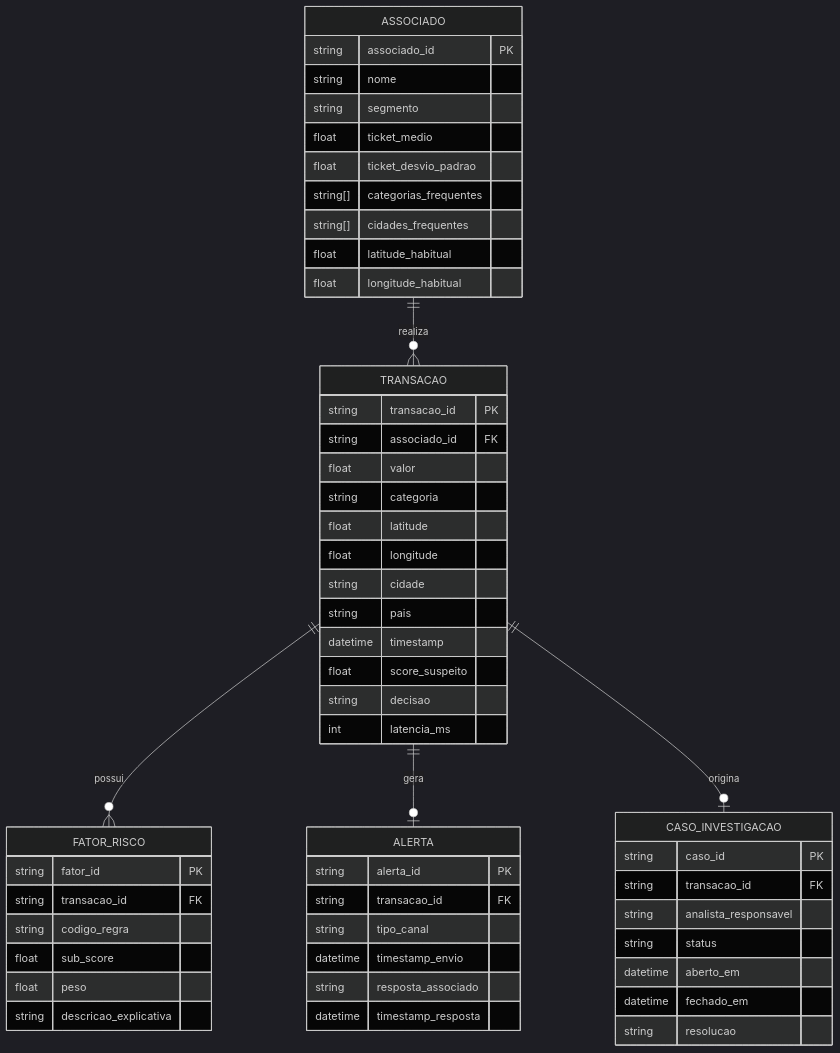
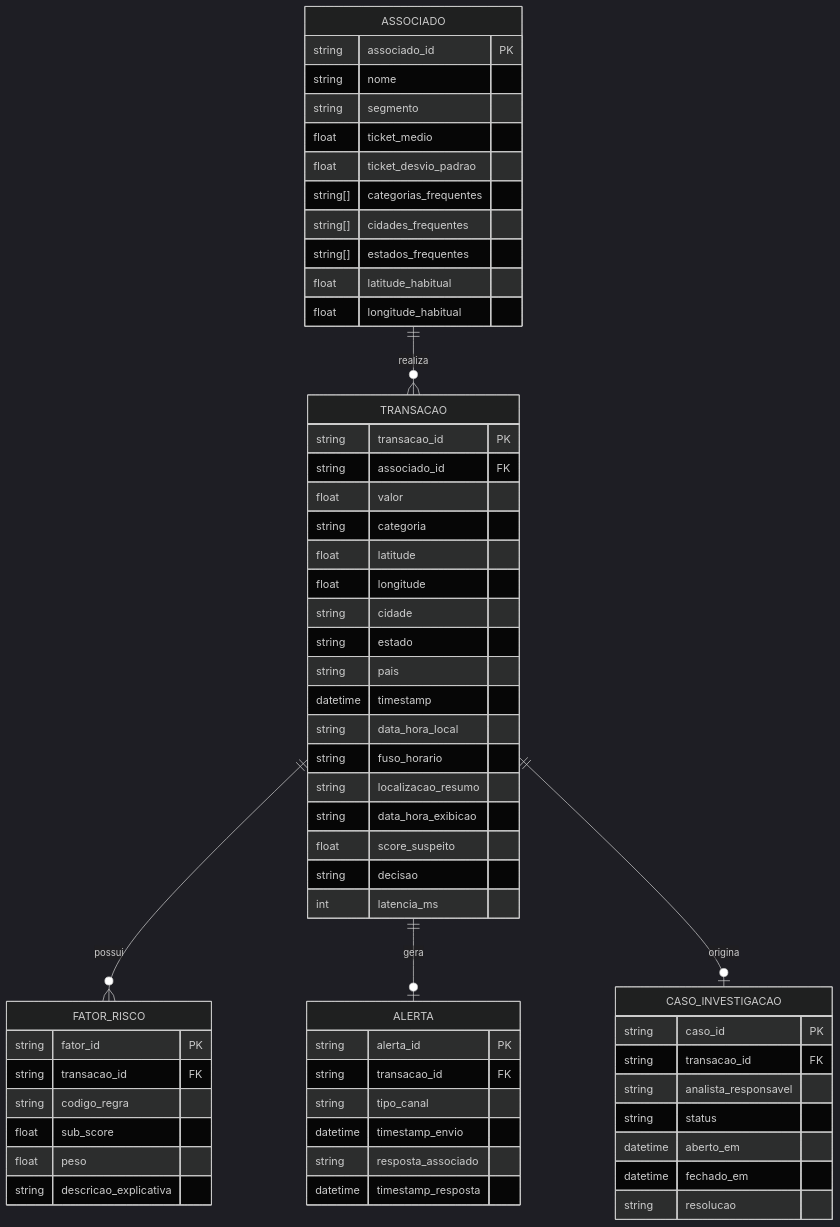
The fourth of 5 diagrams in architecture.md (samuel2k6/Projeto-Anti-fraude), drawn with Mermaid (dark theme) before and after one commit. The commit also changed other lines of this file and 1 other file, not shown here.

````diff
--- a/architecture.md
+++ b/architecture.md
@@ -189,62 +191,68 @@
 ```mermaid
 erDiagram
     ASSOCIADO {
         string associado_id PK
         string nome
         string segmento
         float ticket_medio
         float ticket_desvio_padrao
         string[] categorias_frequentes
         string[] cidades_frequentes
+        string[] estados_frequentes
         float latitude_habitual
         float longitude_habitual
     }
 
     TRANSACAO {
         string transacao_id PK
         string associado_id FK
         float valor
         string categoria
         float latitude
         float longitude
         string cidade
+        string estado
         string pais
         datetime timestamp
+        string data_hora_local
+        string fuso_horario
+        string localizacao_resumo
+        string data_hora_exibicao
         float score_suspeito
         string decisao
         int latencia_ms
     }
 
     FATOR_RISCO {
         string fator_id PK
         string transacao_id FK
         string codigo_regra
         float sub_score
         float peso
         string descricao_explicativa
     }
 
     ALERTA {
         string alerta_id PK
         string transacao_id FK
         string tipo_canal
         datetime timestamp_envio
         string resposta_associado
         datetime timestamp_resposta
     }
 
     CASO_INVESTIGACAO {
         string caso_id PK
         string transacao_id FK
         string analista_responsavel
         string status
         datetime aberto_em
         datetime fechado_em
         string resolucao
     }
 
     ASSOCIADO ||--o{ TRANSACAO : "realiza"
     TRANSACAO ||--o{ FATOR_RISCO : "possui"
     TRANSACAO ||--o| ALERTA : "gera"
     TRANSACAO ||--o| CASO_INVESTIGACAO : "origina"
 ```
````
